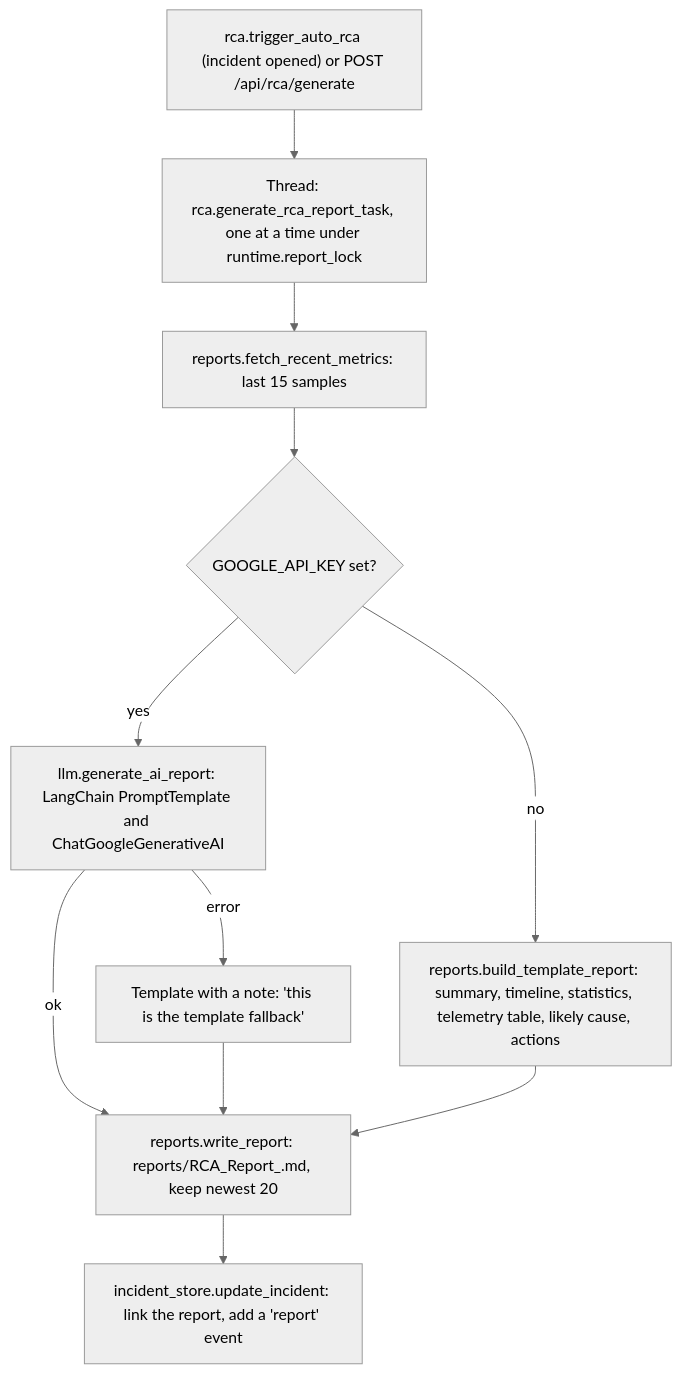
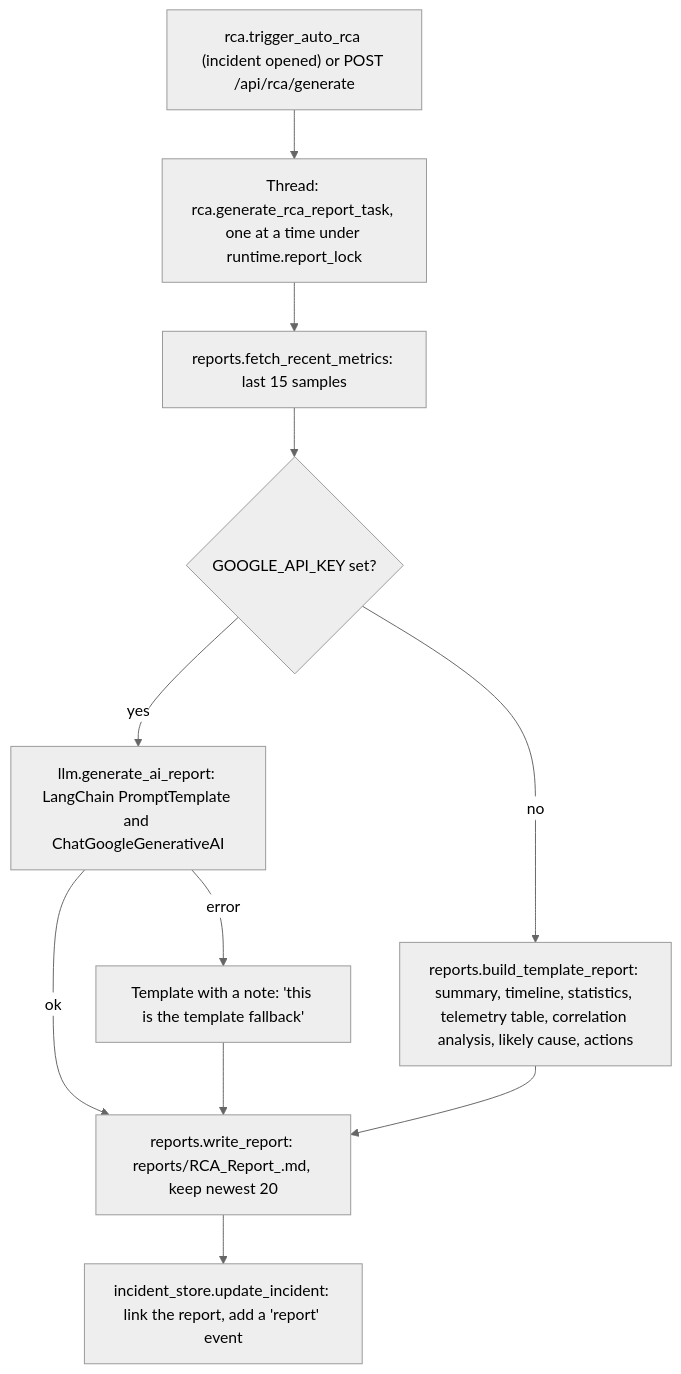
One commit to vishnuatgit/DeepBell changed the tenth of 11 diagrams in docs/process-flows.md. Above: the diagram before and after it, drawn with Mermaid (neutral theme). The commit also changed other lines of this file and 6 other files, not shown here.

Commit message:
Proofread: fix outdated test count, views and file lists, and make likely-cause evidence use offsets instead of UTC clock times

````diff
--- a/docs/process-flows.md
+++ b/docs/process-flows.md
@@ -310,13 +310,13 @@
 ```mermaid
 flowchart TD
     A["rca.trigger_auto_rca (incident opened) or POST /api/rca/generate"] --> B[Thread: rca.generate_rca_report_task, one at a time under runtime.report_lock]
     B --> C[reports.fetch_recent_metrics: last 15 samples]
     C --> D{GOOGLE_API_KEY set?}
     D -- yes --> E[llm.generate_ai_report: LangChain PromptTemplate and ChatGoogleGenerativeAI]
     E -- error --> F[Template with a note: 'this is the template fallback']
-    D -- no --> G["reports.build_template_report: summary, timeline, statistics, telemetry table, likely cause, actions"]
+    D -- no --> G["reports.build_template_report: summary, timeline, statistics, telemetry table, correlation analysis, likely cause, actions"]
     E -- ok --> W
     F --> W
     G --> W["reports.write_report: reports/RCA_Report_<UTC>.md, keep newest 20"]
     W --> U["incident_store.update_incident: link the report, add a 'report' event"]
 ```
````
